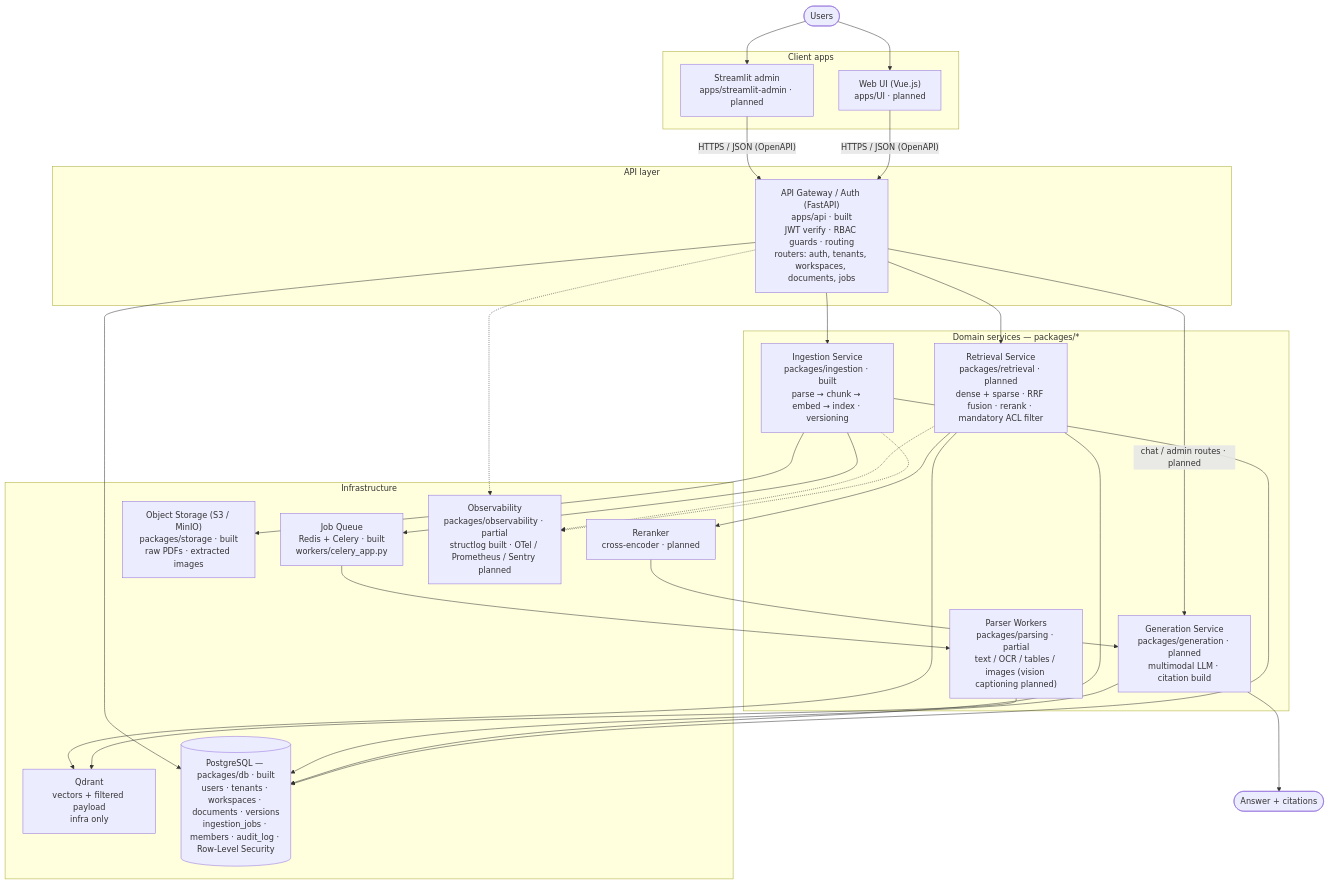
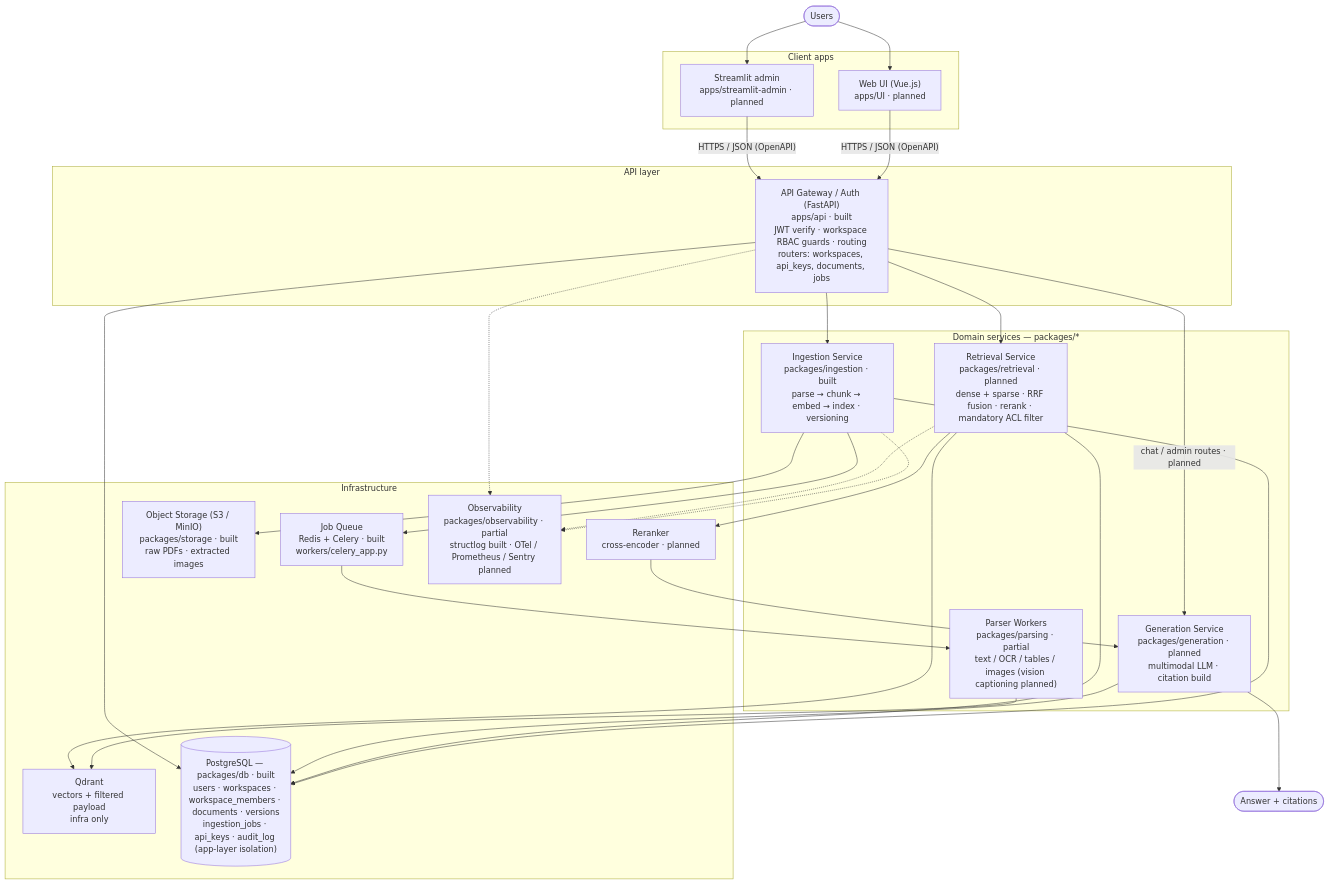
The diagram in ARCHITECTURE.md (saravanangenai/ScalableModularRAG), drawn with Mermaid before and after one commit. The commit also changed other lines of this file and 59 other files, not shown here.

````diff
--- a/ARCHITECTURE.md
+++ b/ARCHITECTURE.md
@@ -13,57 +17,57 @@
 ```mermaid
 flowchart TB
     users([Users])
 
     subgraph clients ["Client apps"]
         webui["Web UI (Vue.js)<br/>apps/UI · planned"]
         admin["Streamlit admin<br/>apps/streamlit-admin · planned"]
     end
 
     subgraph api_layer ["API layer"]
-        api["API Gateway / Auth (FastAPI)<br/>apps/api · built<br/>JWT verify · RBAC guards · routing<br/>routers: auth, tenants, workspaces, documents, jobs"]
+        api["API Gateway / Auth (FastAPI)<br/>apps/api · built<br/>JWT verify · workspace RBAC guards · routing<br/>routers: workspaces, api_keys, documents, jobs"]
     end
 
     subgraph services ["Domain services — packages/*"]
         ingestion["Ingestion Service<br/>packages/ingestion · built<br/>parse → chunk → embed → index · versioning"]
         parsing["Parser Workers<br/>packages/parsing · partial<br/>text / OCR / tables / images (vision captioning planned)"]
         retrieval["Retrieval Service<br/>packages/retrieval · planned<br/>dense + sparse · RRF fusion · rerank · mandatory ACL filter"]
         generation["Generation Service<br/>packages/generation · planned<br/>multimodal LLM · citation build"]
     end
 
     subgraph infra_layer ["Infrastructure"]
         queue["Job Queue<br/>Redis + Celery · built<br/>workers/celery_app.py"]
         storage["Object Storage (S3 / MinIO)<br/>packages/storage · built<br/>raw PDFs · extracted images"]
         qdrant["Qdrant<br/>vectors + filtered payload<br/>infra only"]
         reranker["Reranker<br/>cross-encoder · planned"]
         obs["Observability<br/>packages/observability · partial<br/>structlog built · OTel / Prometheus / Sentry planned"]
-        pg[("PostgreSQL — packages/db · built<br/>users · tenants · workspaces · documents · versions<br/>ingestion_jobs · members · audit_log · Row-Level Security")]
+        pg[("PostgreSQL — packages/db · built<br/>users · workspaces · workspace_members · documents · versions<br/>ingestion_jobs · api_keys · audit_log (app-layer isolation)")]
     end
 
     users --> webui
     users --> admin
     webui -->|"HTTPS / JSON (OpenAPI)"| api
     admin -->|"HTTPS / JSON (OpenAPI)"| api
 
     api --> ingestion
     api --> retrieval
     api -->|"chat / admin routes · planned"| generation
 
     ingestion --> queue
     queue --> parsing
     ingestion --> storage
     ingestion --> pg
     parsing --> qdrant
 
     retrieval --> qdrant
     retrieval --> reranker
     reranker --> generation
     retrieval --> pg
     generation --> pg
 
     api --> pg
     api -.-> obs
     ingestion -.-> obs
     retrieval -.-> obs
 
     generation --> answer([Answer + citations])
 ```
````
